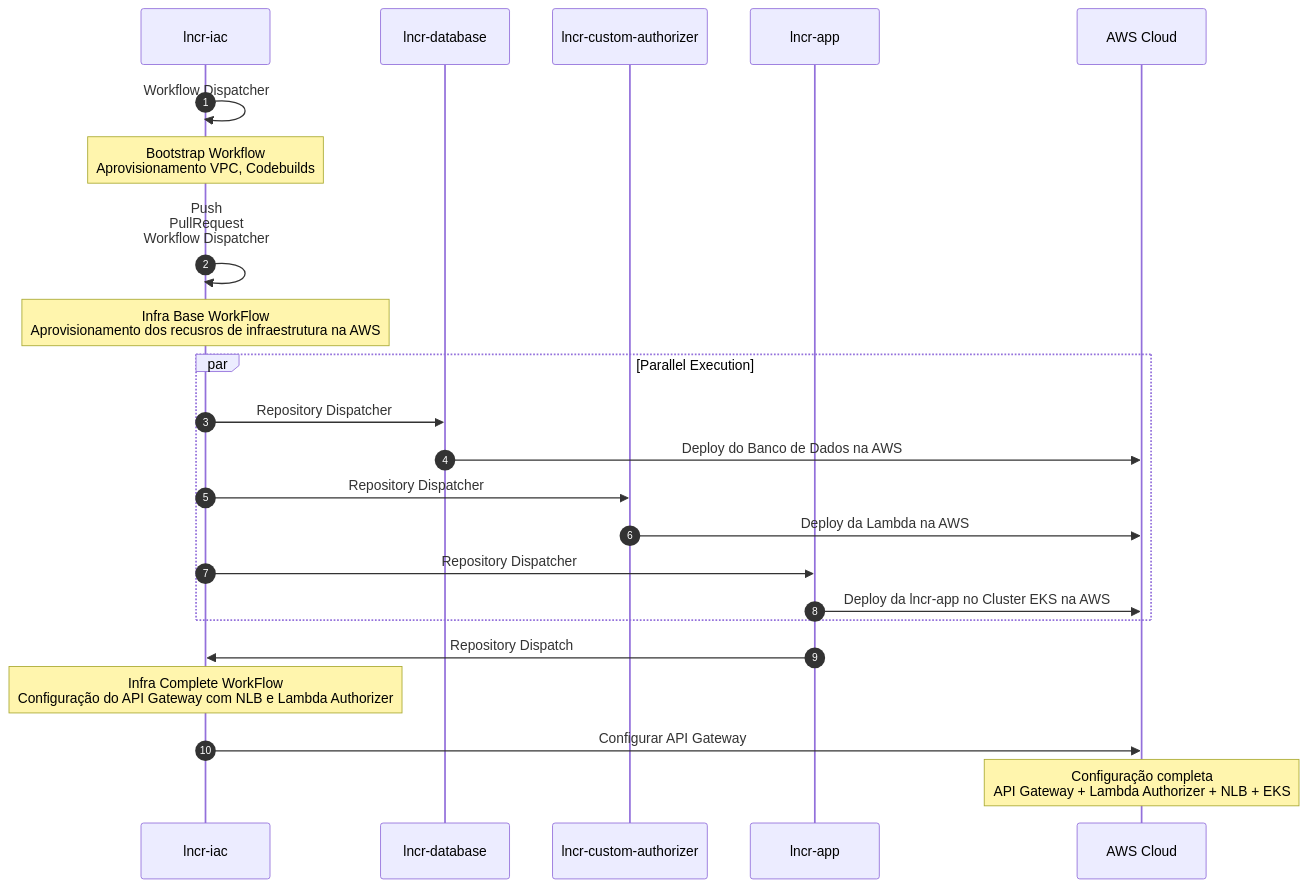
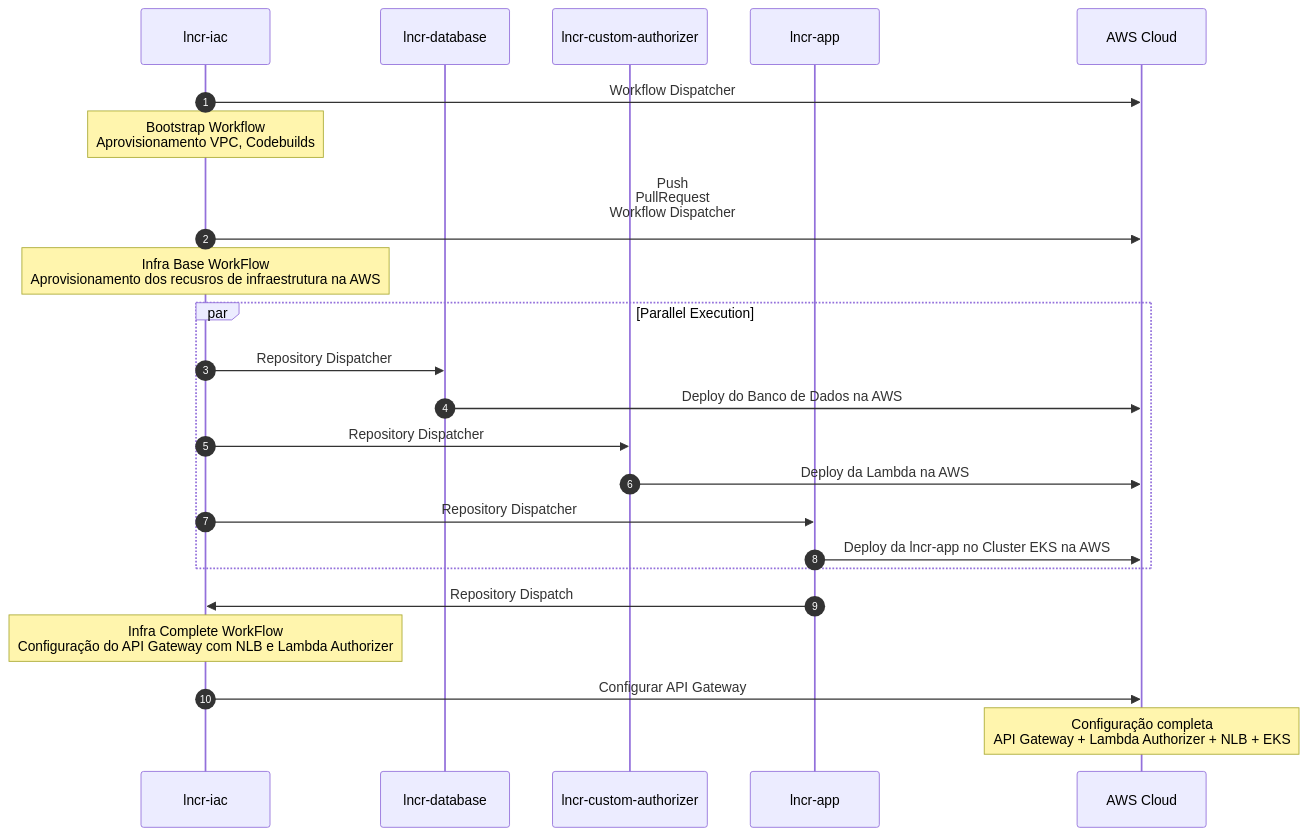
The diagram in profile/README.md (11soat-f3-lanches-caieiras/.github), drawn with Mermaid before and after one commit.

````diff
--- a/profile/README.md
+++ b/profile/README.md
@@ -189,30 +189,30 @@
 ```mermaid
 sequenceDiagram
     participant lncr-iac as lncr-iac
     participant DB as lncr-database
     participant lncr-custom-authorizer
     participant lncr-app
     participant aws as AWS Cloud
     
 
     autonumber
-    lncr-iac->>lncr-iac: Workflow Dispatcher
+    lncr-iac->>aws: Workflow Dispatcher
     Note over lncr-iac: Bootstrap Workflow<br>Aprovisionamento VPC, Codebuilds
 
-    lncr-iac->>lncr-iac: Push<br>PullRequest<br>Workflow Dispatcher<br>
+    lncr-iac->>aws: Push<br>PullRequest<br>Workflow Dispatcher<br>
     Note over lncr-iac: Infra Base WorkFlow<br>Aprovisionamento dos recusros de infraestrutura na AWS
      
     par Parallel Execution
         lncr-iac->>DB: Repository Dispatcher
         DB->>aws: Deploy do Banco de Dados na AWS
         lncr-iac->>lncr-custom-authorizer:Repository Dispatcher
         lncr-custom-authorizer->>aws: Deploy da Lambda na AWS
         lncr-iac->>lncr-app:Repository Dispatcher
         lncr-app->>aws: Deploy da lncr-app no Cluster EKS na AWS
     end
     lncr-app->>lncr-iac: Repository Dispatch
     note over lncr-iac: Infra Complete WorkFlow<br>Configuração do API Gateway com NLB e Lambda Authorizer
     lncr-iac->>aws: Configurar API Gateway
     note over aws: Configuração completa<br>API Gateway + Lambda Authorizer + NLB + EKS
     
 ```
````
